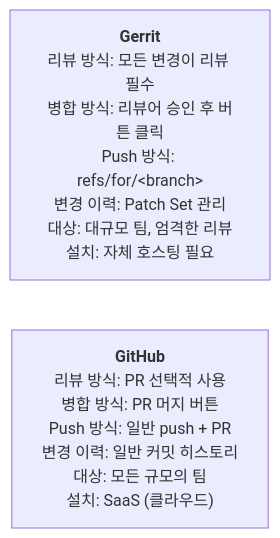
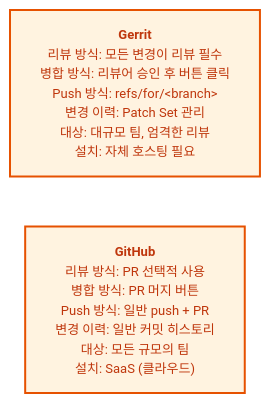
The first of 4 diagrams in git/07_Gerrit/01_Gerrit_소개.md (jingu279/Document), drawn with Mermaid before and after one commit. The commit also changed other lines of this file and 24 other files, not shown here.

First line of the commit message:
Git 문서 전체 Mermaid 다이어그램 스타일링 통일

````diff
--- a/git/07_Gerrit/01_Gerrit_소개.md
+++ b/git/07_Gerrit/01_Gerrit_소개.md
@@ -17,5 +17,12 @@
 ```mermaid
+%%{init: {'theme': 'base', 'themeVariables': {'fontSize': '13px'}}}%%
 flowchart LR
-  Gerrit["<b>Gerrit</b><br/>리뷰 방식: 모든 변경이 리뷰 필수<br/>병합 방식: 리뷰어 승인 후 버튼 클릭<br/>Push 방식: refs/for/&lt;branch&gt;<br/>변경 이력: Patch Set 관리<br/>대상: 대규모 팀, 엄격한 리뷰<br/>설치: 자체 호스팅 필요"]
-  GitHub["<b>GitHub</b><br/>리뷰 방식: PR 선택적 사용<br/>병합 방식: PR 머지 버튼<br/>Push 방식: 일반 push + PR<br/>변경 이력: 일반 커밋 히스토리<br/>대상: 모든 규모의 팀<br/>설치: SaaS (클라우드)"]
+  Gerrit["<b>Gerrit</b><br/>리뷰 방식: 모든 변경이 리뷰 필수<br/>병합 방식: 리뷰어 승인 후 버튼 클릭<br/>Push 방식: refs/for/&lt;branch&gt;<br/>변경 이력: Patch Set 관리<br/>대상: 대규모 팀, 엄격한 리뷰<br/>설치: 자체 호스팅 필요"]:::main
+  GitHub["<b>GitHub</b><br/>리뷰 방식: PR 선택적 사용<br/>병합 방식: PR 머지 버튼<br/>Push 방식: 일반 push + PR<br/>변경 이력: 일반 커밋 히스토리<br/>대상: 모든 규모의 팀<br/>설치: SaaS (클라우드)"]:::main
+
+classDef main fill:#fff3e0,stroke:#e65100,stroke-width:2px,color:#bf360c
+classDef sub fill:#e8f5e9,stroke:#2e7d32,stroke-width:2px,color:#1b5e20
+classDef proc fill:#e3f2fd,stroke:#1565c0,stroke-width:2px,color:#0d47a1
+classDef decision fill:#fff9c4,stroke:#f9a825,stroke-width:2px,color:#e65100
+classDef highlight fill:#f3e5f5,stroke:#6a1b9a,stroke-width:2px,color:#4a148c
 ```
````
